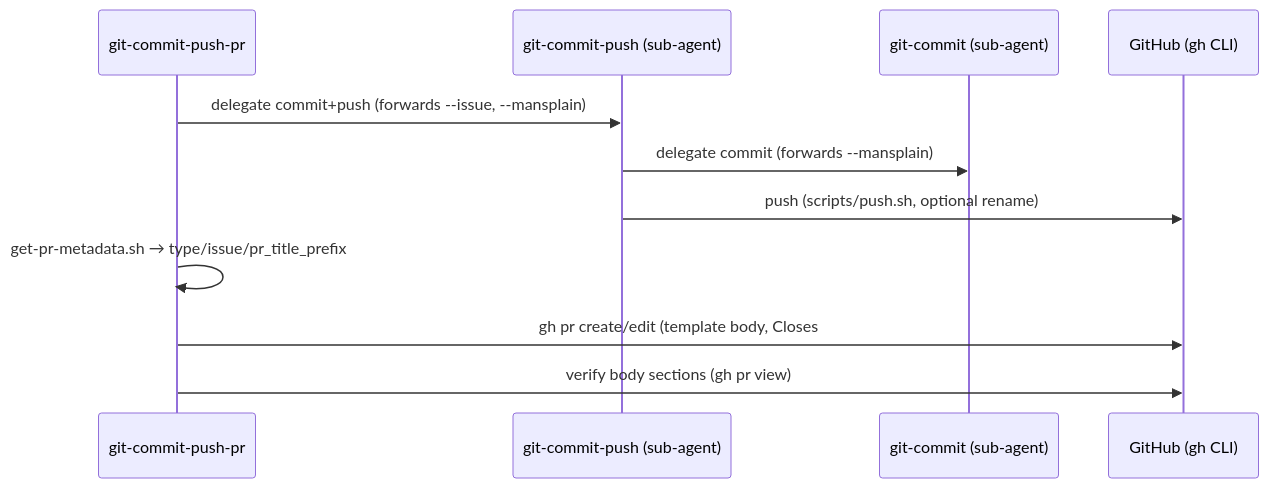
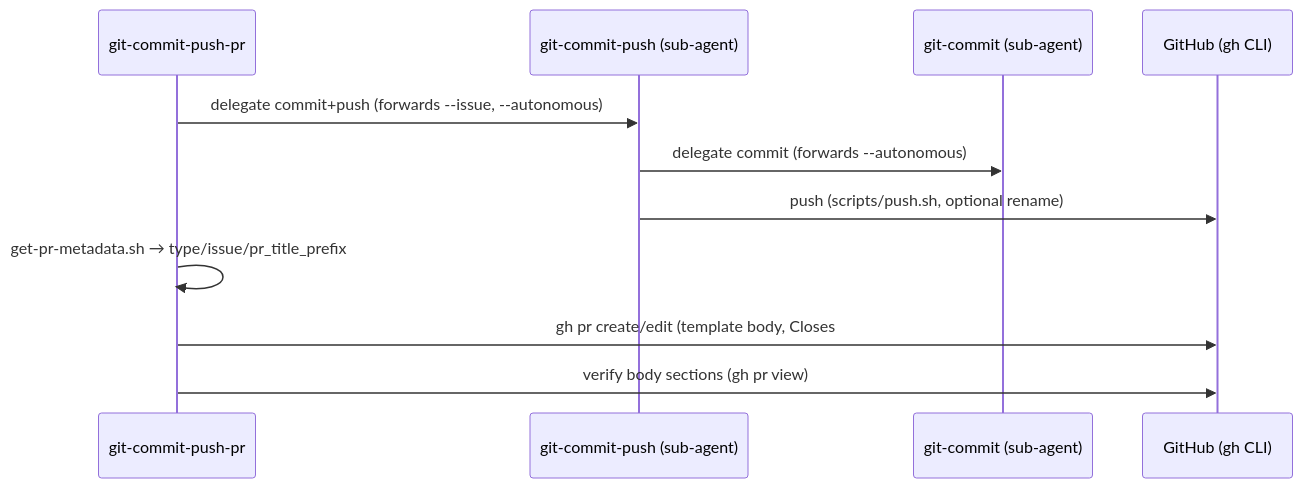
Before and after one commit to generic-automation-and-it/smooth-devex-template: the diagram in .agents/skills/git-commit-push-pr/AGENTS.md, drawn with Mermaid. The commit also changed 18 other files, not shown here.

First line of the commit message:
chore[NO-TICKET]: rename ai-mansplain to ai-terse; --mansplain to --autonomous (#57)

````diff
--- a/.agents/skills/git-commit-push-pr/AGENTS.md
+++ b/.agents/skills/git-commit-push-pr/AGENTS.md
@@ -9,13 +9,13 @@
 ```mermaid
 sequenceDiagram
     participant PR as git-commit-push-pr
     participant Push as git-commit-push (sub-agent)
     participant Commit as git-commit (sub-agent)
     participant GH as GitHub (gh CLI)
-    PR->>Push: delegate commit+push (forwards --issue, --mansplain)
-    Push->>Commit: delegate commit (forwards --mansplain)
+    PR->>Push: delegate commit+push (forwards --issue, --autonomous)
+    Push->>Commit: delegate commit (forwards --autonomous)
     Push->>GH: push (scripts/push.sh, optional rename)
     PR->>PR: get-pr-metadata.sh → type/issue/pr_title_prefix
     PR->>GH: gh pr create/edit (template body, Closes #issue)
     PR->>GH: verify body sections (gh pr view)
 ```
````
